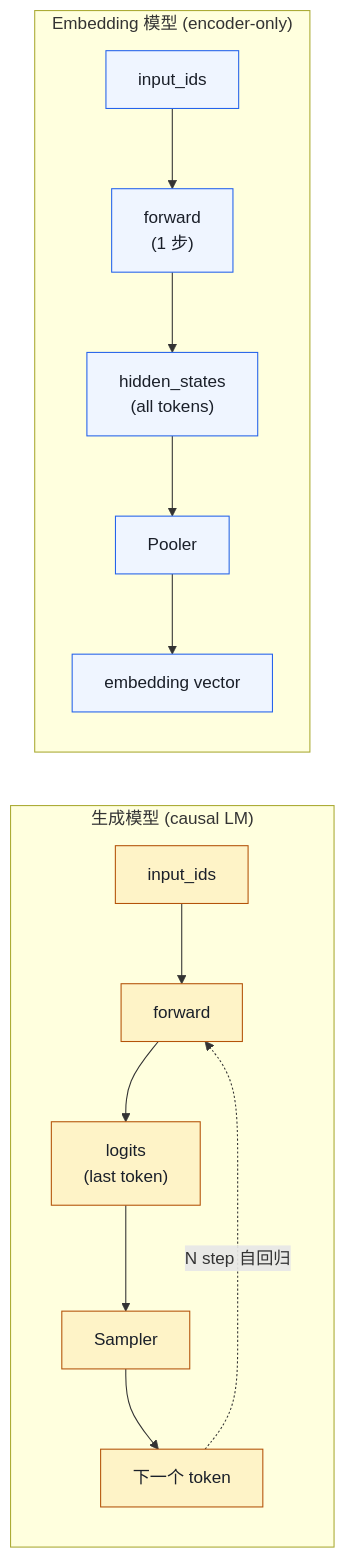
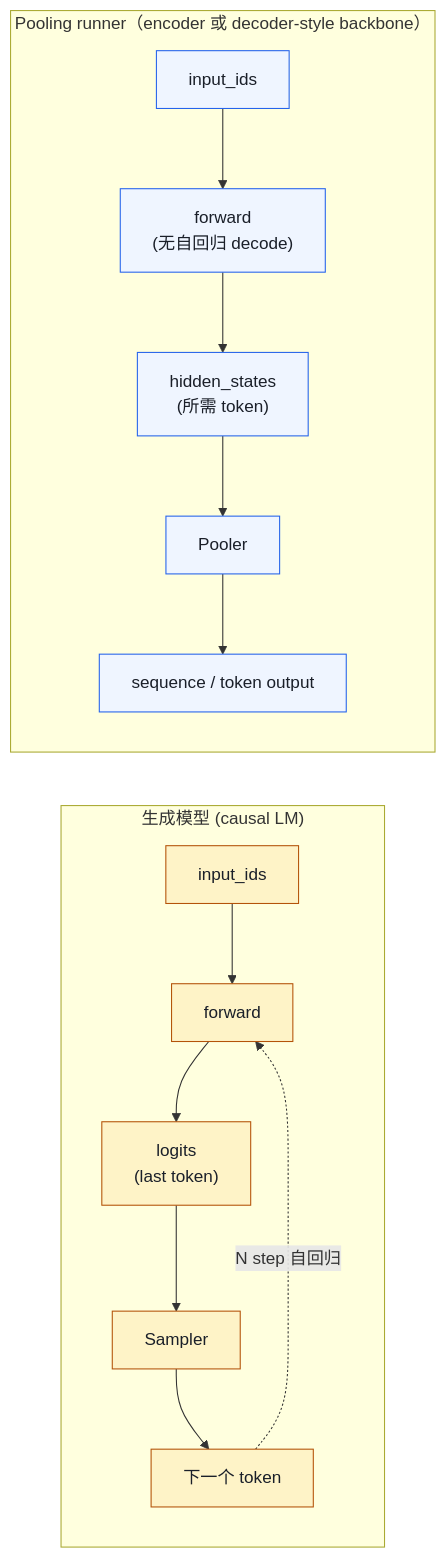
Before and after one commit to jwzheng96/vllm-learning-book: the first of 3 diagrams in 09-advanced-features/05-embedding-and-pooling.md, drawn with Mermaid. The commit also changed other lines of this file and 5 other files, not shown here.

````diff
--- a/09-advanced-features/05-embedding-and-pooling.md
+++ b/09-advanced-features/05-embedding-and-pooling.md
@@ -21,15 +25,15 @@
 ```mermaid
 flowchart LR
     subgraph Gen["生成模型 (causal LM)"]
         G1["input_ids"] --> G2["forward"] --> G3["logits<br/>(last token)"] --> G4["Sampler"] --> G5["下一个 token"]
         G5 -.->|N step 自回归| G2
     end
-    subgraph Emb["Embedding 模型 (encoder-only)"]
-        E1["input_ids"] --> E2["forward<br/>(1 步)"] --> E3["hidden_states<br/>(all tokens)"] --> E4["Pooler"] --> E5["embedding vector"]
+    subgraph Emb["Pooling runner（encoder 或 decoder-style backbone）"]
+        E1["input_ids"] --> E2["forward<br/>(无自回归 decode)"] --> E3["hidden_states<br/>(所需 token)"] --> E4["Pooler"] --> E5["sequence / token output"]
     end
 
     classDef gen fill:#fef3c7,stroke:#b45309,color:#1a1f29;
     classDef emb fill:#eff5ff,stroke:#2563eb,color:#1a1f29;
     class G1,G2,G3,G4,G5 gen;
     class E1,E2,E3,E4,E5 emb;
 ```
````
